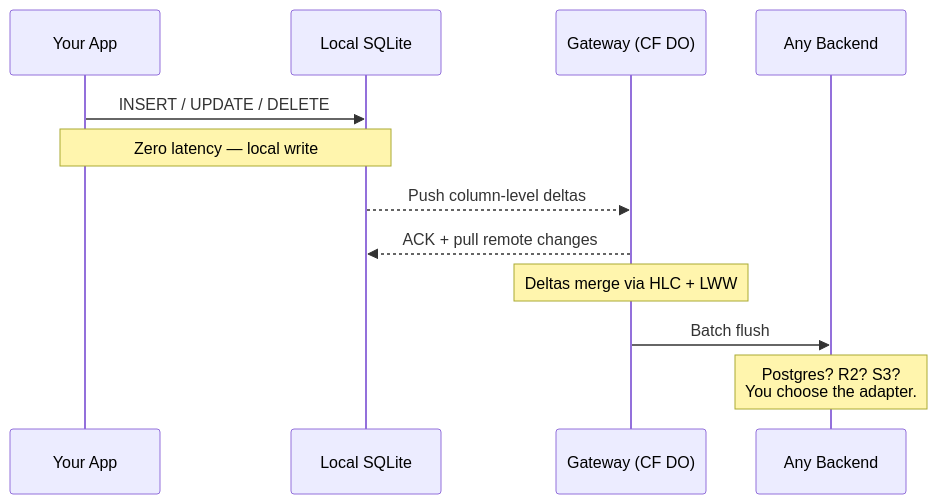
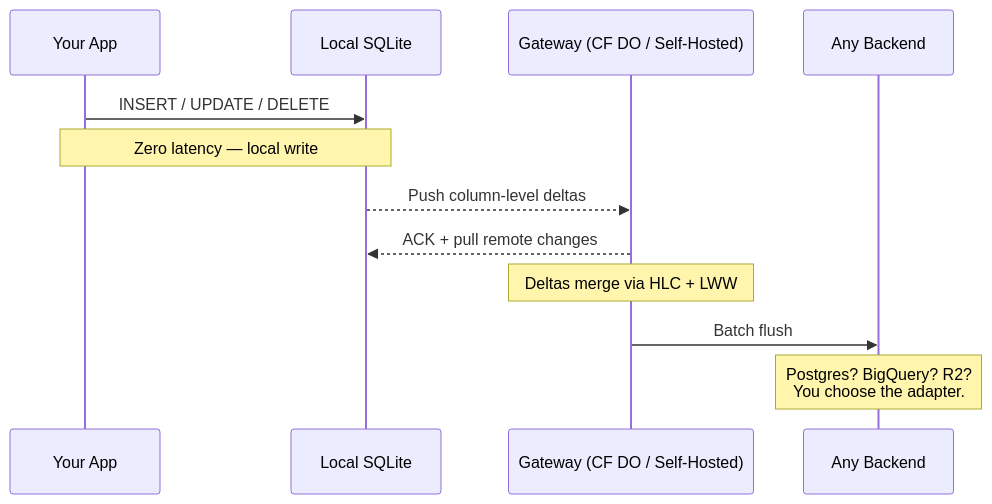
One commit to radekdymacz/lakesync changed the first of 4 diagrams in README.md. Above: the diagram before and after it, drawn with Mermaid. The commit also changed other lines of this file and 20 other files, not shown here.

First line of the commit message:
feat(phase-7-8): table sharding, self-hosted gateway, fan-out + lifecycle adapters

````diff
--- a/README.md
+++ b/README.md
@@ -28,15 +29,15 @@
 ```mermaid
 sequenceDiagram
     participant App as Your App
     participant DB as Local SQLite
-    participant GW as Gateway (CF DO)
+    participant GW as Gateway (CF DO / Self-Hosted)
     participant Backend as Any Backend
 
     App->>DB: INSERT / UPDATE / DELETE
     Note over App,DB: Zero latency — local write
     DB-->>GW: Push column-level deltas
     GW-->>DB: ACK + pull remote changes
     Note over GW: Deltas merge via HLC + LWW
     GW->>Backend: Batch flush
-    Note over Backend: Postgres? R2? S3?<br/>You choose the adapter.
+    Note over Backend: Postgres? BigQuery? R2?<br/>You choose the adapter.
 ```
````
